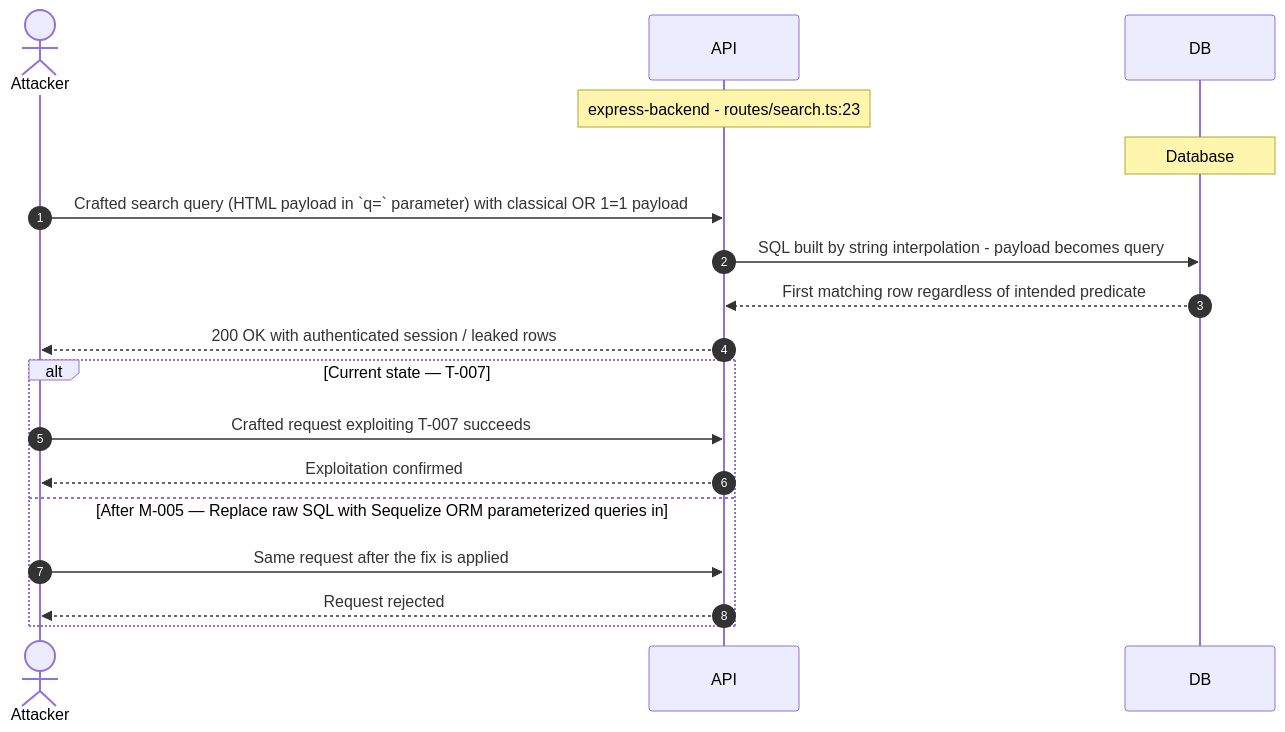
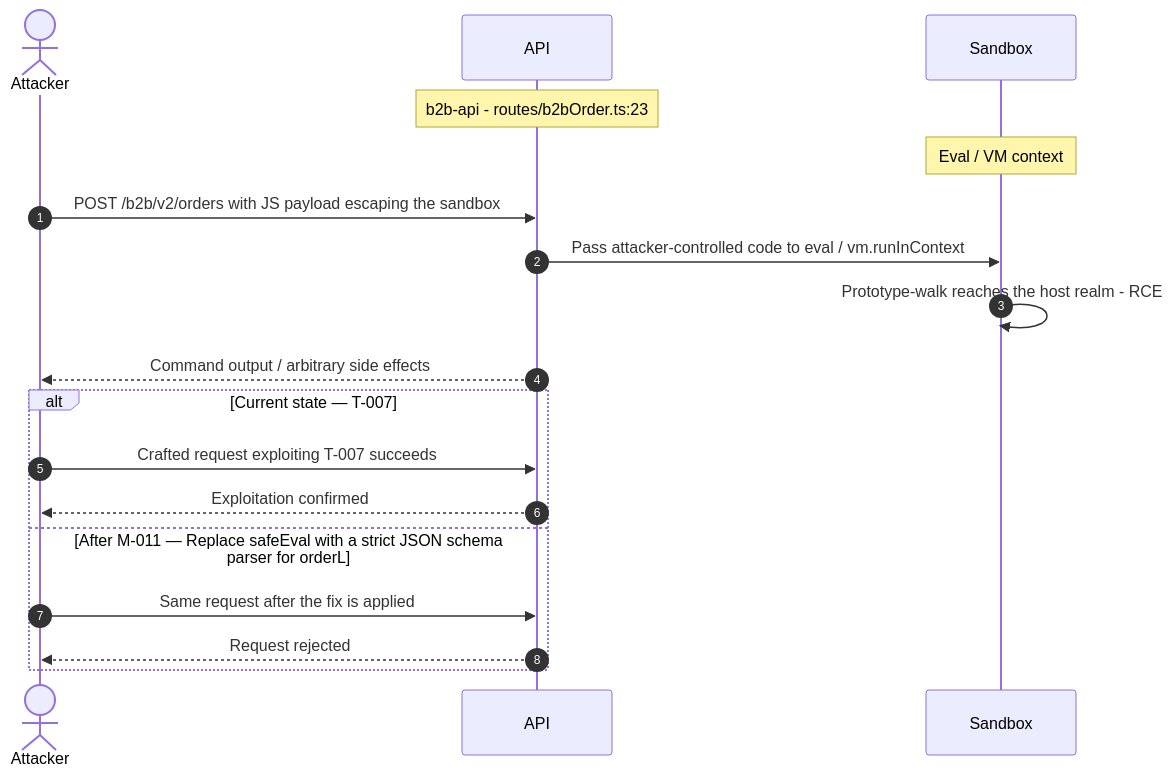
One commit to appsec-foundry/appsec-advisor changed diagram 14 of 18 in examples/threat-modeler/threat-model-juice-shop-standard.md. Above: the diagram before and after it, drawn with Mermaid. The commit also changed other lines of this file and 44 other files, not shown here.

````diff
--- a/examples/threat-modeler/threat-model-juice-shop-standard.md
+++ b/examples/threat-modeler/threat-model-juice-shop-standard.md
@@ -756,20 +745,20 @@
 ```mermaid
 sequenceDiagram
     autonumber
     actor Attacker
     participant API
-    participant DB
-    Note over API: express-backend - routes/search.ts:23
-    Note over DB: Database
-    Attacker->>API: Crafted search query (HTML payload in `q=` parameter) with classical OR 1=1 payload
-    API->>DB: SQL built by string interpolation - payload becomes query
-    DB-->>API: First matching row regardless of intended predicate
-    API-->>Attacker: 200 OK with authenticated session / leaked rows
+    participant Sandbox
+    Note over API: b2b-api - routes/b2bOrder.ts:23
+    Note over Sandbox: Eval / VM context
+    Attacker->>API: POST /b2b/v2/orders with JS payload escaping the sandbox
+    API->>Sandbox: Pass attacker-controlled code to eval / vm.runInContext
+    Sandbox->>Sandbox: Prototype-walk reaches the host realm - RCE
+    API-->>Attacker: Command output / arbitrary side effects
     alt Current state — T-007
         Attacker->>API: Crafted request exploiting T-007 succeeds
         API-->>Attacker: Exploitation confirmed
-    else After M-005 — Replace raw SQL with Sequelize ORM parameterized queries in 
+    else After M-011 — Replace safeEval with a strict JSON schema parser for orderL
         Attacker->>API: Same request after the fix is applied
         API-->>Attacker: Request rejected
     end
 ```
````
